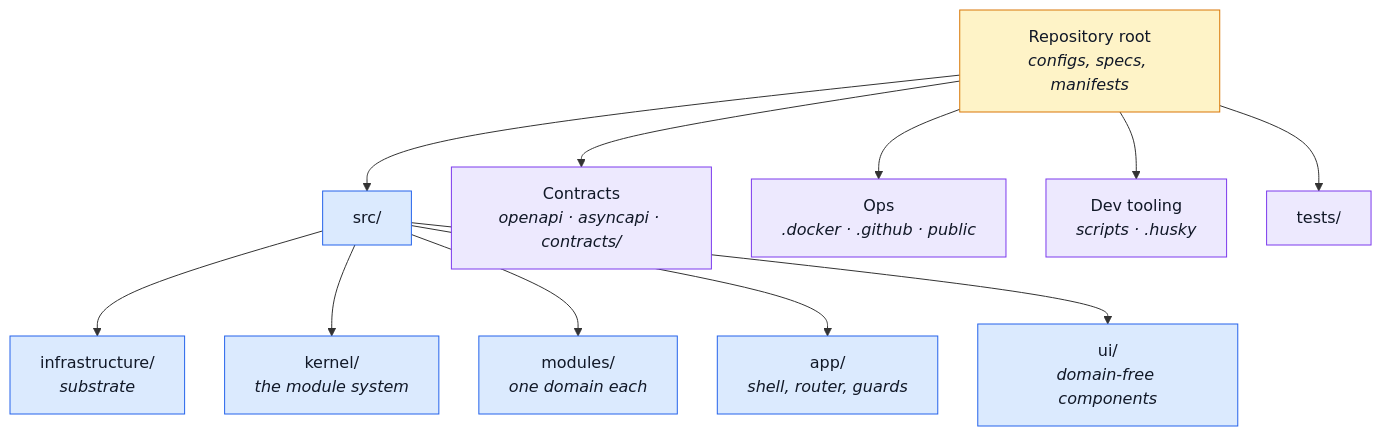
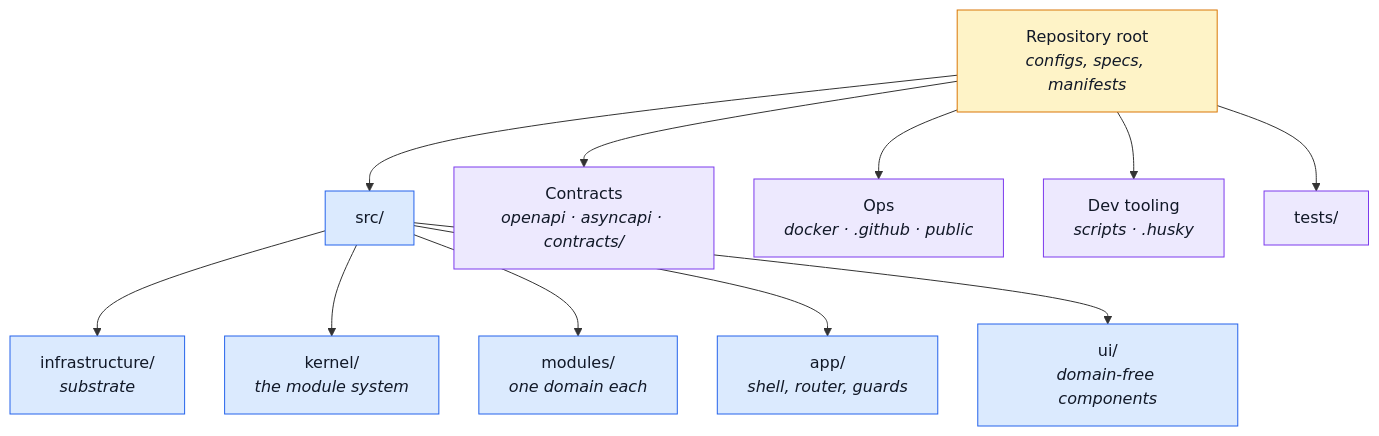
The diagram in docs/reference/index.md (Guebbit/boilerplate-vue-frontend), drawn with Mermaid before and after one commit. The commit also changed other lines of this file and 13 other files, not shown here.

````diff
--- a/docs/reference/index.md
+++ b/docs/reference/index.md
@@ -20,22 +20,22 @@
 ```mermaid
 %%{init: {'flowchart': {'nodeSpacing': 40, 'rankSpacing': 55}}}%%
 flowchart TD
     Root["Repository root<br/><i>configs, specs, manifests</i>"] --> Src["src/"]
     Root --> Contracts["Contracts<br/><i>openapi · asyncapi · contracts/</i>"]
-    Root --> Ops["Ops<br/><i>.docker · .github · public</i>"]
+    Root --> Ops["Ops<br/><i>docker · .github · public</i>"]
     Root --> Dev["Dev tooling<br/><i>scripts · .husky</i>"]
     Root --> Tests["tests/"]
 
     Src --> Infra["infrastructure/<br/><i>substrate</i>"]
     Src --> Kernel["kernel/<br/><i>the module system</i>"]
     Src --> Modules["modules/<br/><i>one domain each</i>"]
     Src --> App["app/<br/><i>shell, router, guards</i>"]
     Src --> Ui["ui/<br/><i>domain-free components</i>"]
 
     classDef entry fill:#fef3c7,stroke:#d97706,color:#111827;
     classDef code fill:#dbeafe,stroke:#2563eb,color:#111827;
     classDef side fill:#ede9fe,stroke:#7c3aed,color:#111827;
     class Root entry;
     class Src,Infra,Kernel,Modules,App,Ui code;
     class Contracts,Ops,Dev,Tests side;
 ```
````
